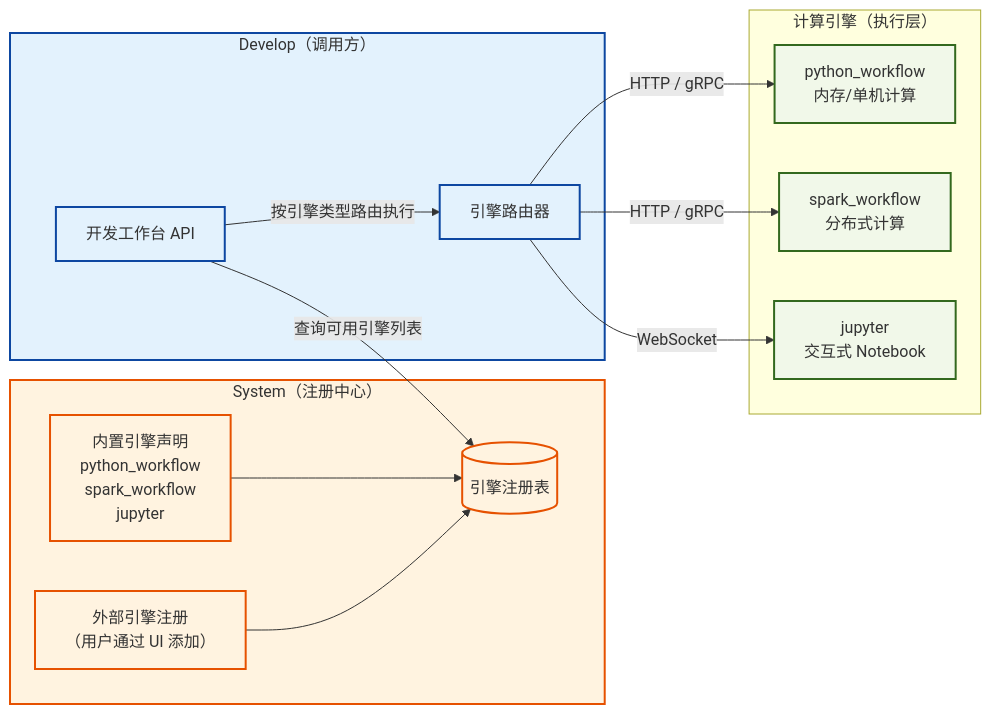
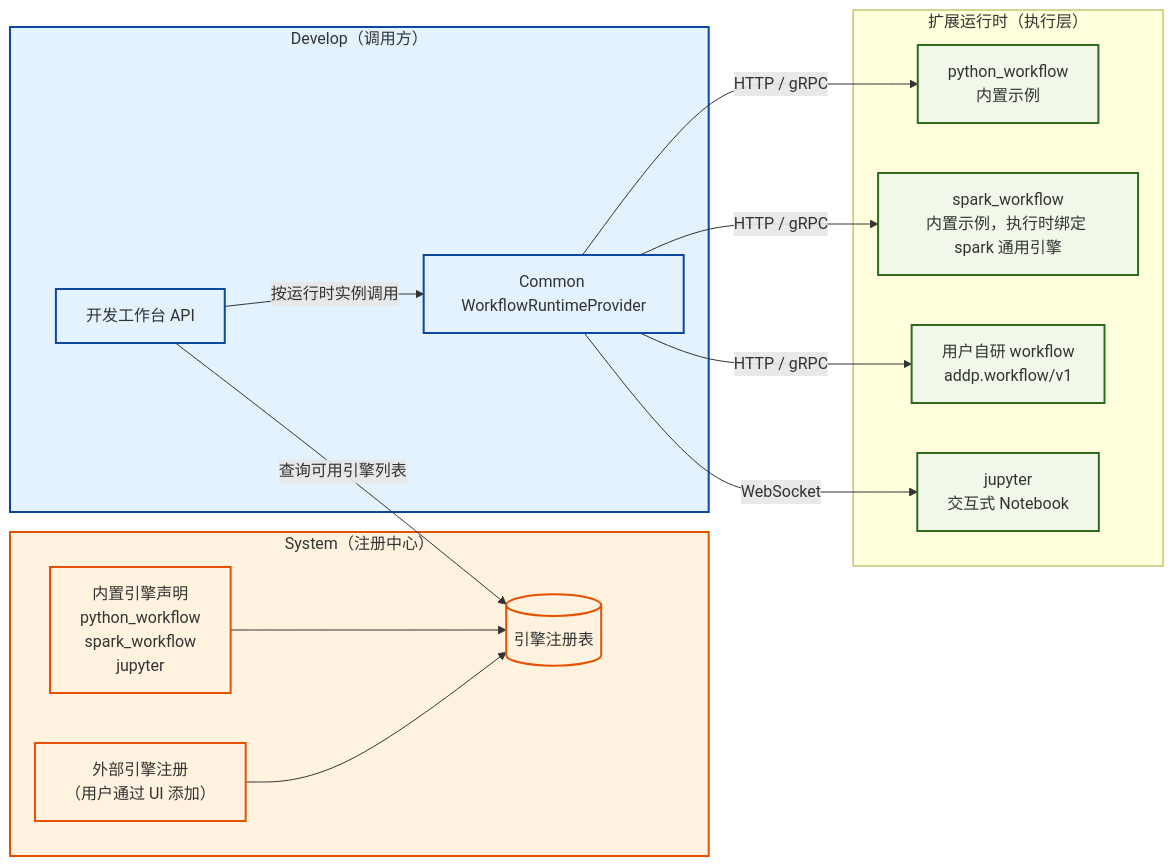
Before and after one commit to pampa0629/addp: the tenth of 12 diagrams in docs/concepts/addp模块架构图.md, drawn with Mermaid. The commit also changed other lines of this file and 536 other files, not shown here.

````diff
--- a/docs/concepts/addp模块架构图.md
+++ b/docs/concepts/addp模块架构图.md
@@ -671,34 +680,36 @@
 ```mermaid
 graph LR
     subgraph System["System（注册中心）"]
         EngineDB[(引擎注册表)]
         BuiltIn["内置引擎声明<br/>python_workflow<br/>spark_workflow<br/>jupyter"]
         External["外部引擎注册<br/>（用户通过 UI 添加）"]
         BuiltIn --> EngineDB
         External --> EngineDB
     end
 
     subgraph Develop["Develop（调用方）"]
         DevAPI["开发工作台 API"]
         DevAPI -->|"查询可用引擎列表"| EngineDB
-        DevAPI -->|"按引擎类型路由执行"| EngineRouter["引擎路由器"]
+        DevAPI -->|"按运行时实例调用"| EngineRouter["Common WorkflowRuntimeProvider"]
     end
 
-    subgraph Engines["计算引擎（执行层）"]
-        PyWF["python_workflow<br/>内存/单机计算"]
-        SparkWF["spark_workflow<br/>分布式计算"]
+    subgraph Engines["扩展运行时（执行层）"]
+        PyWF["python_workflow<br/>内置示例"]
+        SparkWF["spark_workflow<br/>内置示例，执行时绑定 spark 通用引擎"]
+        CustomWF["用户自研 workflow<br/>addp.workflow/v1"]
         Jupyter["jupyter<br/>交互式 Notebook"]
     end
 
     EngineRouter -->|"HTTP / gRPC"| PyWF
     EngineRouter -->|"HTTP / gRPC"| SparkWF
+    EngineRouter -->|"HTTP / gRPC"| CustomWF
     EngineRouter -->|"WebSocket"| Jupyter
 
     classDef system fill:#fff3e0,stroke:#e65100,stroke-width:2px
     classDef develop fill:#e3f2fd,stroke:#0d47a1,stroke-width:2px
     classDef engine fill:#f1f8e9,stroke:#33691e,stroke-width:2px
 
     class System,EngineDB,BuiltIn,External system
     class Develop,DevAPI,EngineRouter develop
-    class PyWF,SparkWF,Jupyter engine
+    class PyWF,SparkWF,CustomWF,Jupyter engine
 ```
````
